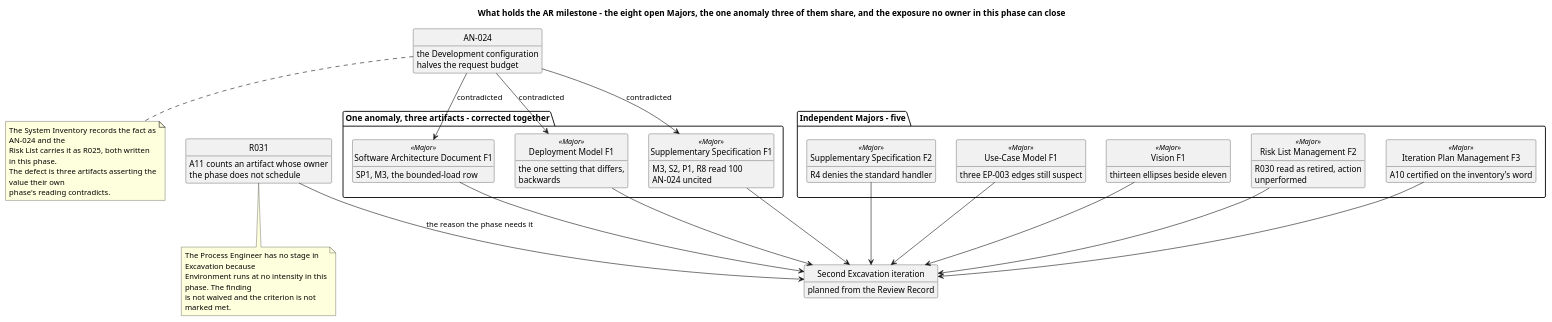
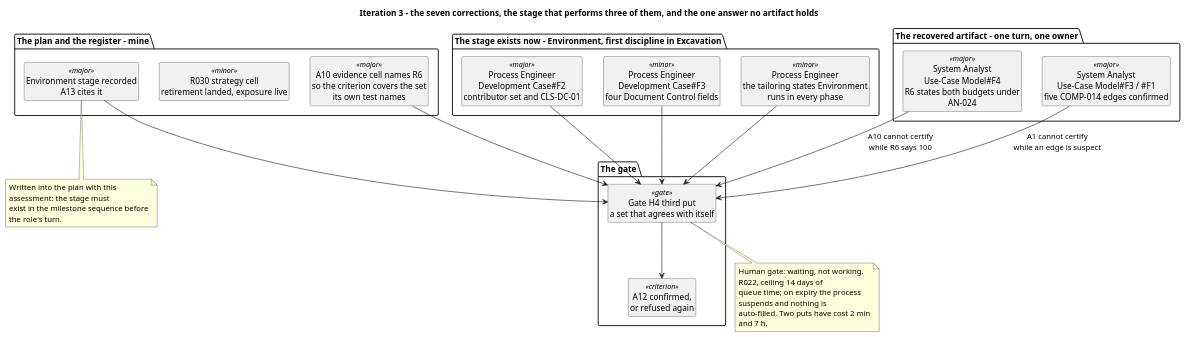
Before and after one commit to banense-test/TodoApp: the third of 3 diagrams in docs/artifacts/project-management/iteration-assessment.md, drawn with PlantUML. The commit also changed other lines of this file, not shown here.

First line of the commit message:
Project Manager [Excavation2]: upsert Iteration Assessment

````diff
--- a/docs/artifacts/project-management/iteration-assessment.md
+++ b/docs/artifacts/project-management/iteration-assessment.md
@@ -189,76 +220,50 @@
 ```plantuml
 @startuml
-title What holds the AR milestone - the eight open Majors, the one anomaly three of them share, and the exposure no owner in this phase can close
+title Iteration 3 - the seven corrections, the stage that performs three of them, and the one answer no artifact holds
 skinparam shadowing false
-skinparam classAttributeIconSize 0
+skinparam wrapWidth 240
+hide circle
 hide empty members
-hide circle
-skinparam wrapWidth 250
 
-package "One anomaly, three artifacts - corrected together" {
-  class "Supplementary Specification F1" as F1 <<Major>> {
-    M3, S2, P1, R8 read 100
-    AN-024 uncited
-  }
-  class "Software Architecture Document F1" as F2 <<Major>> {
-    SP1, M3, the bounded-load row
-  }
-  class "Deployment Model F1" as F3 <<Major>> {
-    the one setting that differs, backwards
-  }
-}
-package "Independent Majors - five" {
-  class "Supplementary Specification F2" as F4 <<Major>> {
-    R4 denies the standard handler
-  }
-  class "Use-Case Model F1" as F5 <<Major>> {
-    three EP-003 edges still suspect
-  }
-  class "Vision F1" as F6 <<Major>> {
-    thirteen ellipses beside eleven
-  }
-  class "Risk List Management F2" as F7 <<Major>> {
-    R030 read as retired, action unperformed
-  }
-  class "Iteration Plan Management F3" as F8 <<Major>> {
-    A10 certified on the inventory's word
-  }
-}
-class "AN-024" as AN {
-  the Development configuration
-  halves the request budget
-}
-class "R031" as R31 {
-  A11 counts an artifact whose owner
-  the phase does not schedule
-}
-class "Second Excavation iteration" as IT2 {
-  planned from the Review Record
+package "The stage exists now - Environment, first discipline in Excavation" {
+  class "Process Engineer\nDevelopment Case#F2\ncontributor set and CLS-DC-01" as P1 <<major>>
+  class "Process Engineer\nDevelopment Case#F3\nfour Document Control fields" as P2 <<minor>>
+  class "Process Engineer\nthe tailoring states Environment\nruns in every phase" as P3 <<minor>>
 }
 
-AN --> F1 : contradicted
-AN --> F2 : contradicted
-AN --> F3 : contradicted
-F1 --> IT2
-F2 --> IT2
-F3 --> IT2
-F4 --> IT2
-F5 --> IT2
-F6 --> IT2
-F7 --> IT2
-F8 --> IT2
-R31 --> IT2 : the reason the phase needs it
+package "The recovered artifact - one turn, one owner" {
+  class "System Analyst\nUse-Case Model#F4\nR6 states both budgets under AN-024" as S1 <<major>>
+  class "System Analyst\nUse-Case Model#F3 / #F1\nfive COMP-014 edges confirmed" as S2 <<major>>
+}
 
-note bottom of AN
-  The System Inventory records the fact as AN-024 and the
-  Risk List carries it as R025, both written in this phase.
-  The defect is three artifacts asserting the value their own
-  phase's reading contradicts.
+package "The plan and the register - mine" {
+  class "A10 evidence cell names R6\nso the criterion covers the set\nits own test names" as M1 <<major>>
+  class "R030 strategy cell\nretirement landed, exposure live" as M2 <<minor>>
+  class "Environment stage recorded\nA13 cites it" as M3 <<major>>
+}
+
+package "The gate" {
+  class "Gate H4 third put\na set that agrees with itself" as G <<gate>>
+  class "A12 confirmed,\nor refused again" as A12 <<criterion>>
+}
+
+P1 --> G
+P2 --> G
+P3 --> G
+S1 --> G : A10 cannot certify\nwhile R6 says 100
+S2 --> G : A1 cannot certify\nwhile an edge is suspect
+M1 --> G
+M3 --> G
+G --> A12
+
+note bottom of M3
+  Written into the plan with this assessment: the stage must
+  exist in the milestone sequence before the role's turn.
 end note
-note bottom of R31
-  The Process Engineer has no stage in Excavation because
-  Environment runs at no intensity in this phase. The finding
-  is not waived and the criterion is not marked met.
+note bottom of G
+  Human gate: waiting, not working. R022, ceiling 14 days of
+  queue time; on expiry the process suspends and nothing is
+  auto-filled. Two puts have cost 2 min and 7 h.
 end note
 @enduml
 ```
````
